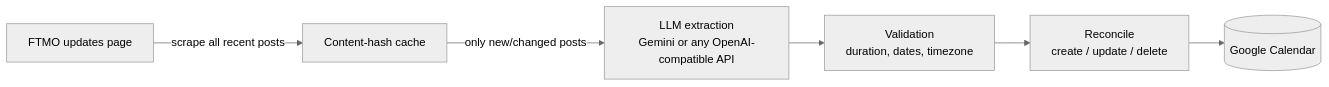
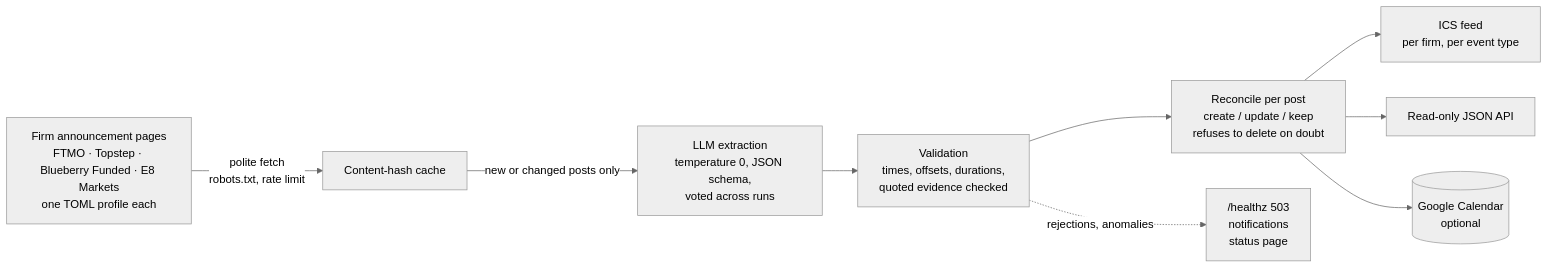
One commit to Bogzx/prop-firm-calendar changed the diagram in README.md. Above: the diagram before and after it, drawn with Mermaid (neutral theme). The commit also changed other lines of this file and 11 other files, not shown here.

````diff
--- a/README.md
+++ b/README.md
@@ -86,8 +116,11 @@
 ```mermaid
 flowchart LR
-    A[FTMO updates page] -->|scrape all recent posts| B[Content-hash cache]
-    B -->|only new/changed posts| C[LLM extraction<br>Gemini or any OpenAI-compatible API]
-    C --> D[Validation<br>duration, dates, timezone]
-    D --> E[Reconcile<br>create / update / delete]
-    E --> F[(Google Calendar)]
+    S[Firm announcement pages<br>FTMO · Topstep · Blueberry Funded · E8 Markets<br>one TOML profile each] -->|polite fetch<br>robots.txt, rate limit| H[Content-hash cache]
+    H -->|new or changed posts only| X[LLM extraction<br>temperature 0, JSON schema,<br>voted across runs]
+    X --> V[Validation<br>times, offsets, durations,<br>quoted evidence checked]
+    V --> R[Reconcile per post<br>create / update / keep<br>refuses to delete on doubt]
+    R --> F[ICS feed<br>per firm, per event type]
+    R --> A[Read-only JSON API]
+    R --> G[(Google Calendar<br>optional)]
+    V -.->|rejections, anomalies| M["/healthz 503<br>notifications<br>status page"]
 ```
````
